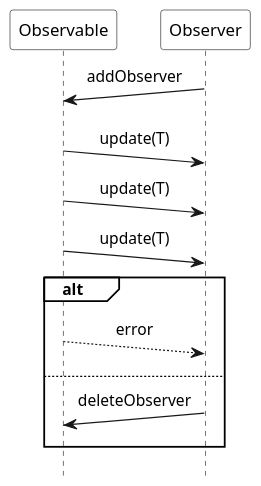
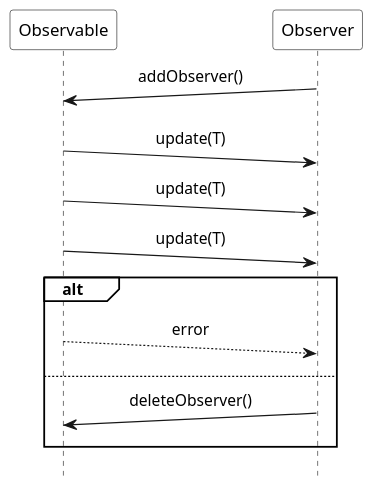
Before and after one commit to ti-cortex-m4/demo-java-reactive-streams-old: the diagram in images/pattern_Observer.puml, drawn with PlantUML. The commit also changed 4 other files, not shown here.

```diff
--- a/images/pattern_Observer.puml
+++ b/images/pattern_Observer.puml
@@ -1,31 +1,31 @@
 @startuml
 
 scale 1.2
 hide footbox
 
 !pragma teoz true
 
 skinparam monochrome true
 skinparam defaultFontName Source Sans Pro
 skinparam sequenceMessageAlign center
 skinparam participantBackgroundColor #white
 skinparam noteBackgroundColor #white
 skinparam sequenceGroupBackgroundColor #white
-skinparam participantPadding 10
+skinparam participantPadding 60
 
 participant Observable
 participant Observer
 
-Observer ->(10) Observable : addObserver
+Observer ->(10) Observable : addObserver()
 
 Observable ->(10) Observer : update(T)
 Observable ->(10) Observer : update(T)
 Observable ->(10) Observer : update(T)
 
 alt
     Observable -->(10) Observer : error
 else
-    Observer ->(10) Observable : deleteObserver
+    Observer ->(10) Observable : deleteObserver()
 end
 
 @enduml
```
